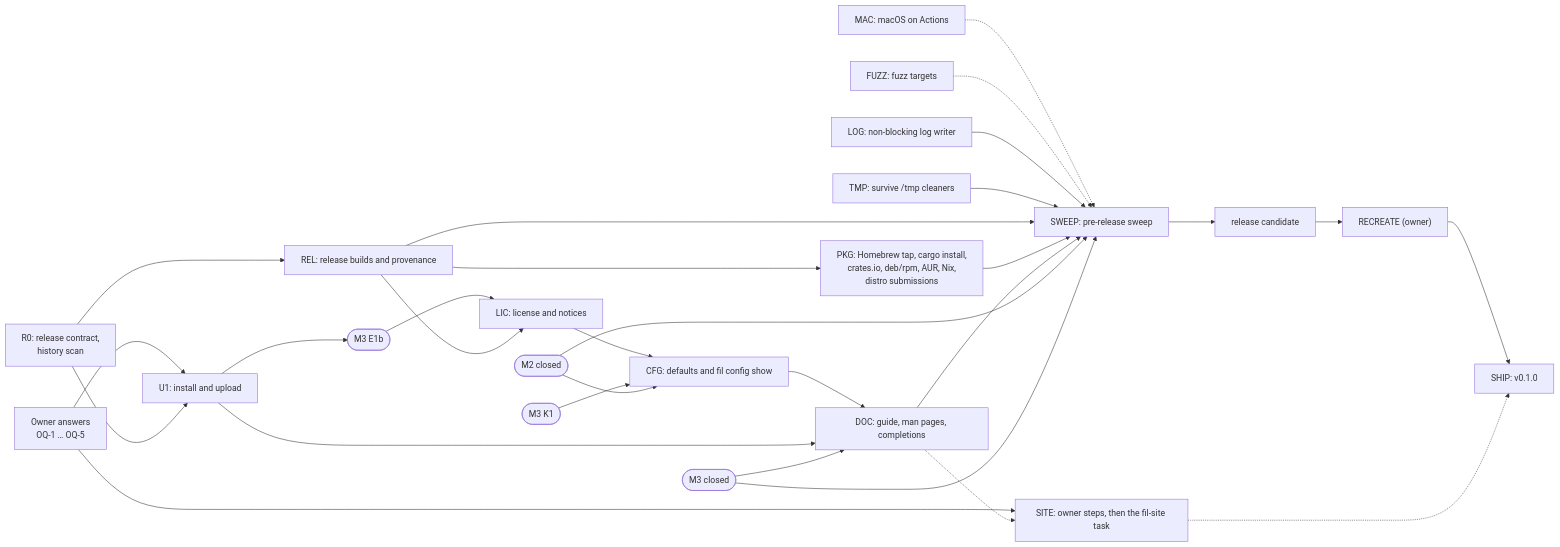
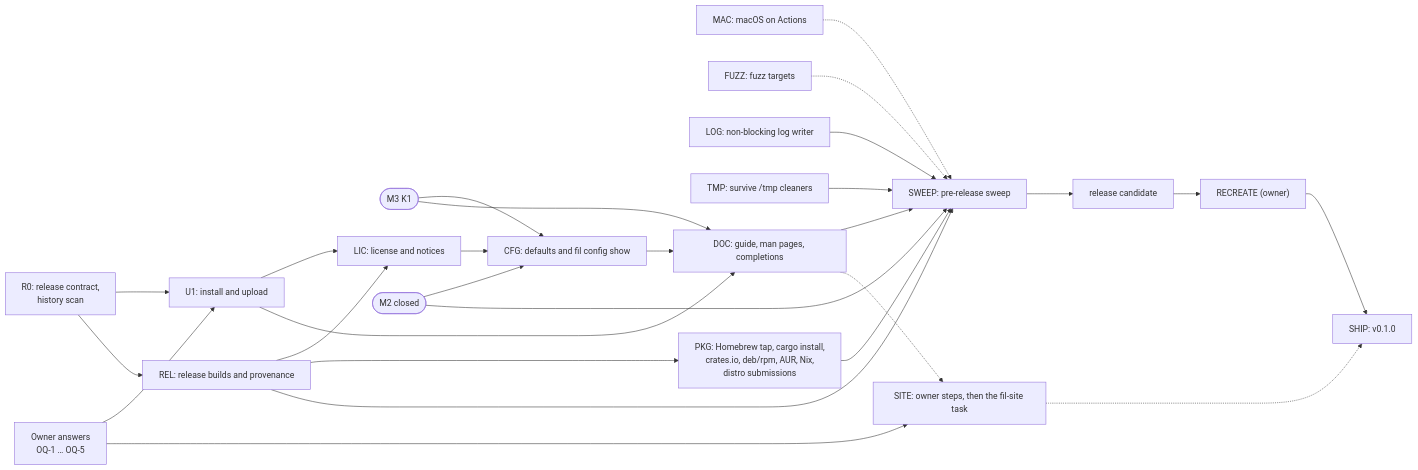
One commit to anthonytw/fil changed the diagram in docs/m4/plan.md. Above: the diagram before and after it, drawn with Mermaid. The commit also changed other lines of this file and 3 other files, not shown here.

````diff
--- a/docs/m4/plan.md
+++ b/docs/m4/plan.md
@@ -181,43 +182,40 @@
 ```mermaid
 %%{init: {"flowchart": {"wrappingWidth": 260}}}%%
 flowchart LR
   OQ["Owner answers<br/>OQ-1 … OQ-5"]
   R0["R0: release contract,<br/>history scan"]
   U1["U1: install and upload"]
   MAC["MAC: macOS on Actions"]
   REL["REL: release builds and provenance"]
   FUZZ["FUZZ: fuzz targets"]
   LOG["LOG: non-blocking log writer"]
   TMP["TMP: survive /tmp cleaners"]
-  E1b(["M3 E1b"])
   K1(["M3 K1"])
   LIC["LIC: license and notices"]
   PKG["PKG: Homebrew tap, cargo install,<br/>crates.io, deb/rpm, AUR, Nix,<br/>distro submissions"]
   CFG["CFG: defaults and fil config show"]
   DOC["DOC: guide, man pages, completions"]
   M2C(["M2 closed"])
-  M3C(["M3 closed"])
   SWEEP["SWEEP: pre-release sweep"]
   RC["release candidate"]
   RECREATE["RECREATE (owner)"]
   SHIP["SHIP: v0.1.0"]
   SITE["SITE: owner steps, then the fil-site task"]
 
   OQ --> U1
   R0 --> U1 & REL
-  U1 --> E1b --> LIC --> CFG
+  U1 --> LIC --> CFG
   REL --> LIC & PKG
-  K1 --> CFG
+  K1 --> CFG & DOC
   M2C --> CFG
   CFG --> DOC
   U1 --> DOC
-  M3C --> DOC
   MAC -.-> SWEEP
   FUZZ -.-> SWEEP
   LOG & TMP --> SWEEP
-  REL & PKG & DOC & M2C & M3C --> SWEEP
+  REL & PKG & DOC & M2C --> SWEEP
   SWEEP --> RC --> RECREATE --> SHIP
   OQ --> SITE
   DOC -.-> SITE
   SITE -.-> SHIP
 ```
````
